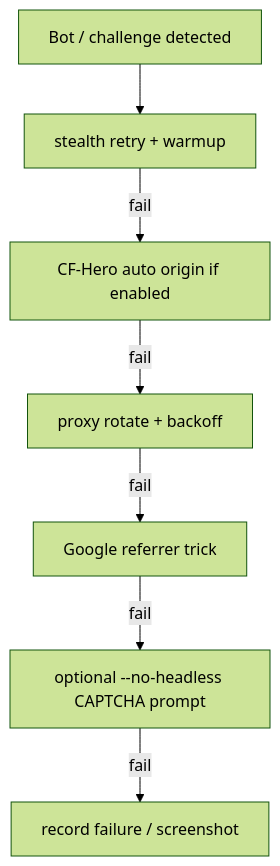
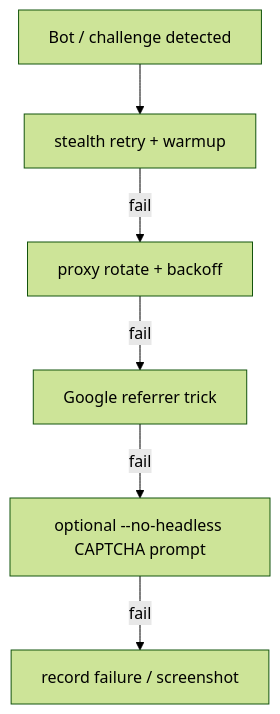
The fifth of 7 diagrams in docs/architecture/CRAWL.md (Shellghostt/WebVac), drawn with Mermaid (forest theme) before and after one commit. The commit also changed other lines of this file and 13 other files, not shown here.

Commit message:
Remove CF-Hero; keep manual origin-IP bypass only.

````diff
--- a/docs/architecture/CRAWL.md
+++ b/docs/architecture/CRAWL.md
@@ -138,9 +138,8 @@
 ```mermaid
 flowchart TD
   Block[Bot / challenge detected] --> Stealth[stealth retry + warmup]
-  Stealth -->|fail| CF[CF-Hero auto origin if enabled]
-  CF -->|fail| Rotate[proxy rotate + backoff]
+  Stealth -->|fail| Rotate[proxy rotate + backoff]
   Rotate -->|fail| Referrer[Google referrer trick]
   Referrer -->|fail| Captcha[optional --no-headless CAPTCHA prompt]
   Captcha -->|fail| GiveUp[record failure / screenshot]
 ```
````
